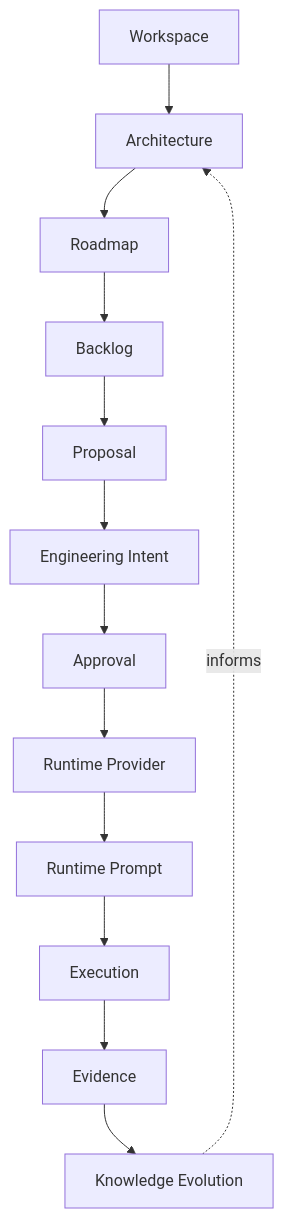
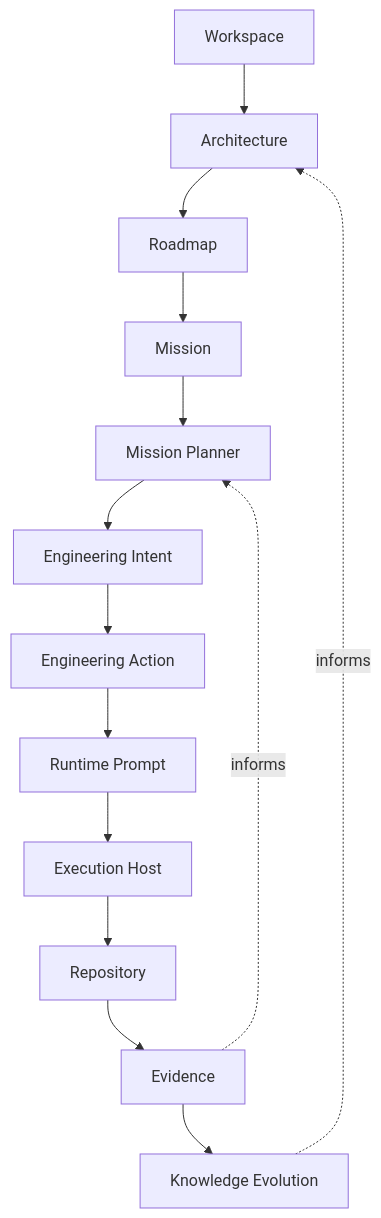
Before and after one commit to pcvantol/forge: the first of 5 diagrams in knowledge/bootstrap/03_ARCHITECTURE.md, drawn with Mermaid. The commit also changed other lines of this file and 15 other files, not shown here.

Commit message:
docs: reconcile mission-driven engineering architecture

````diff
--- a/knowledge/bootstrap/03_ARCHITECTURE.md
+++ b/knowledge/bootstrap/03_ARCHITECTURE.md
@@ -135,15 +136,16 @@
 ```mermaid
 flowchart TD
     W[Workspace] --> A[Architecture]
     A --> R[Roadmap]
-    R --> B[Backlog]
-    B --> P[Proposal]
-    P --> I[Engineering Intent]
-    I --> AP[Approval]
-    AP --> RP[Runtime Provider]
-    RP --> RT[Runtime Prompt]
-    RT --> EX[Execution]
-    EX --> EV[Evidence]
+    R --> M[Mission]
+    M --> MP[Mission Planner]
+    MP --> I[Engineering Intent]
+    I --> AC[Engineering Action]
+    AC --> RT[Runtime Prompt]
+    RT --> EH[Execution Host]
+    EH --> RE[Repository]
+    RE --> EV[Evidence]
+    EV -. informs .-> MP
     EV --> KE[Knowledge Evolution]
     KE -. informs .-> A
 ```
````
